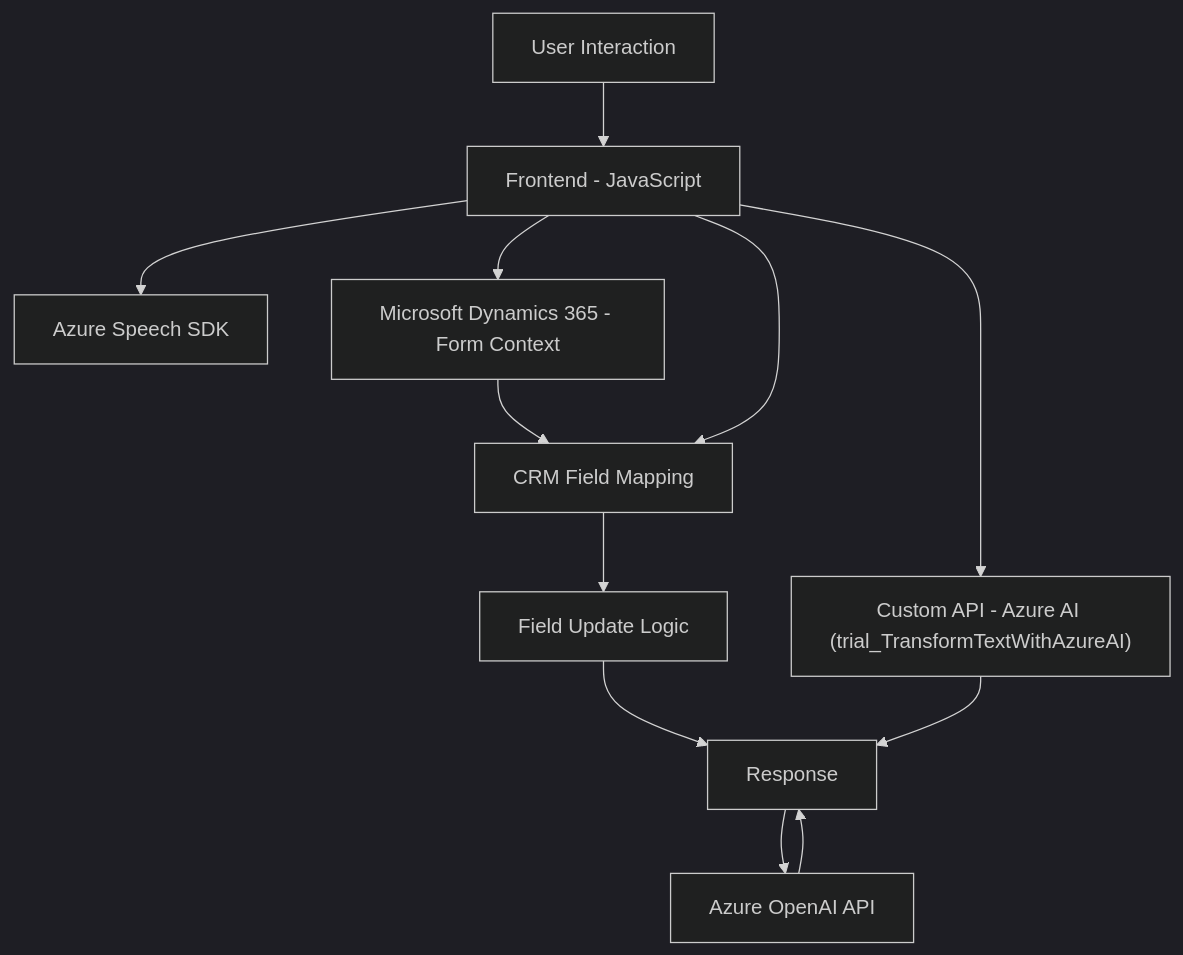
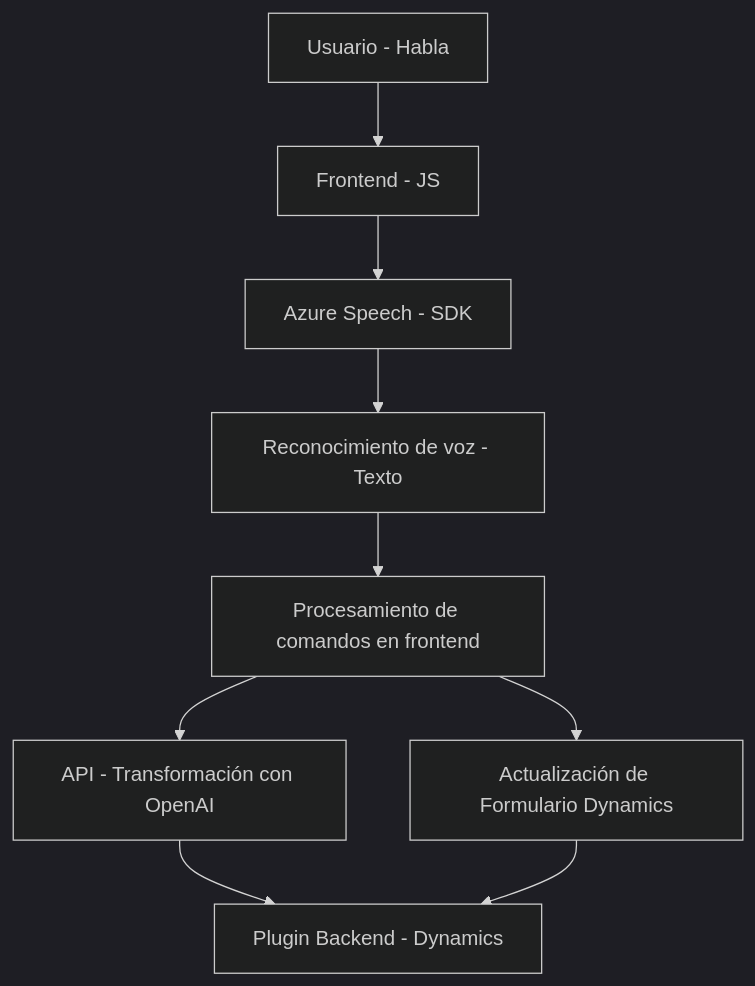
One commit to blopezdm/NETCORE_BILBAO2025 changed the diagram in README.md. Above: the diagram before and after it, drawn with Mermaid (dark theme). The commit also changed other lines of this file, not shown here.

Commit message:
Actualizar análisis global de la solución con IA

````diff
--- a/README.md
+++ b/README.md
@@ -42,14 +53,11 @@
 ```mermaid
 graph TD
-    A["User Interaction"] --> B["Frontend - JavaScript"]
-    B --> C["Azure Speech SDK"]
-    B --> D["Microsoft Dynamics 365 - Form Context"]
-    B --> E["Custom API - Azure AI (trial_TransformTextWithAzureAI)"]
-    D --> F["CRM Field Mapping"]
-    B --> F
-    F --> G["Field Update Logic"]
-    G --> H["CRM Backend Plugin - TransformTextWithAzureAI"]
-    H --> I["Azure OpenAI API"]
-    I --> H["Response"]
-    E --> H
+    A["Usuario - Habla"] --> B["Frontend - JS"]
+    B["Frontend - JS"] --> C["Azure Speech - SDK"]
+    C["Azure Speech - SDK"] --> D["Reconocimiento de voz - Texto"]
+    D["Reconocimiento de voz - Texto"] --> E["Procesamiento de comandos en frontend"]
+    E["Procesamiento de comandos en frontend"] --> F["Actualización de Formulario Dynamics"]
+    E["Procesamiento de comandos en frontend"] --> G["API - Transformación con OpenAI"]
+    G["API - Transformación con OpenAI"] --> H["Plugin Backend - Dynamics"]
+    F["Actualización de Formulario Dynamics"] --> H["Plugin Backend - Dynamics"]
 ```
````
